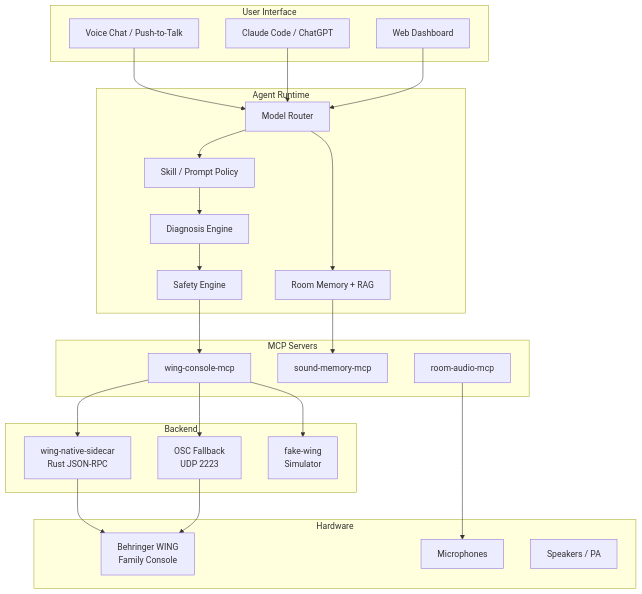
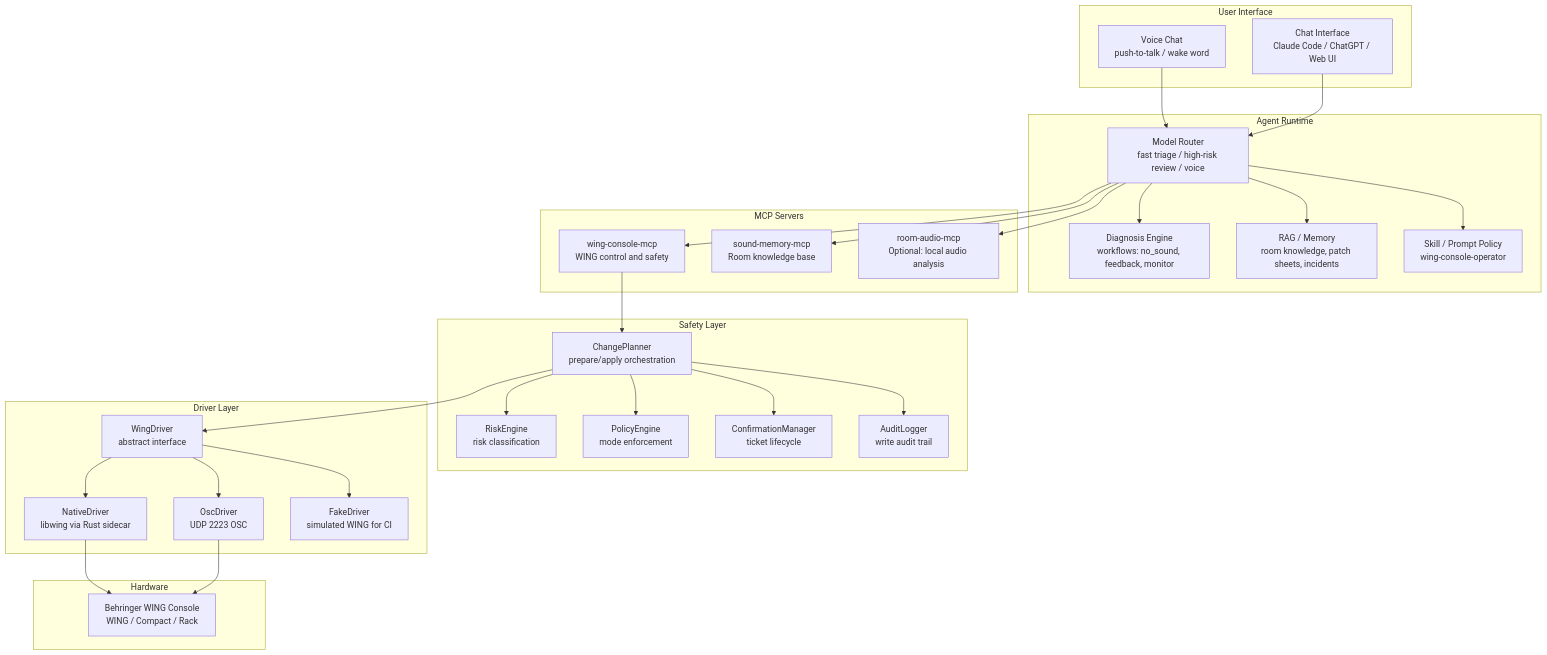
One commit to Inkotake/wing-mcp changed the first of 2 diagrams in docs/ARCHITECTURE.md. Above: the diagram before and after it, drawn with Mermaid. The commit also changed other lines of this file and 1 other file, not shown here.

````diff
--- a/docs/ARCHITECTURE.md
+++ b/docs/ARCHITECTURE.md
@@ -5,47 +29,63 @@
 ```mermaid
 graph TB
     subgraph "User Interface"
-        VC[Voice Chat / Push-to-Talk]
-        CC[Claude Code / ChatGPT]
-        WEB[Web Dashboard]
+        VC[Voice Chat<br/>push-to-talk / wake word]
+        CC[Chat Interface<br/>Claude Code / ChatGPT / Web UI]
     end
 
     subgraph "Agent Runtime"
-        MR[Model Router]
-        SP[Skill / Prompt Policy]
-        DE[Diagnosis Engine]
-        RM[Room Memory + RAG]
-        SE[Safety Engine]
+        MR[Model Router<br/>fast triage / high-risk review / voice]
+        DE[Diagnosis Engine<br/>workflows: no_sound, feedback, monitor]
+        RG[RAG / Memory<br/>room knowledge, patch sheets, incidents]
+        SP[Skill / Prompt Policy<br/>wing-console-operator]
     end
 
     subgraph "MCP Servers"
-        WCM[wing-console-mcp]
-        SMM[sound-memory-mcp]
-        RAM[room-audio-mcp]
+        WCM[wing-console-mcp<br/>WING control and safety]
+        SMM[sound-memory-mcp<br/>Room knowledge base]
+        RAM[room-audio-mcp<br/>Optional: local audio analysis]
     end
 
-    subgraph "Backend"
-        NS[wing-native-sidecar<br/>Rust JSON-RPC]
-        OSC[OSC Fallback<br/>UDP 2223]
-        FW[fake-wing<br/>Simulator]
+    subgraph "Safety Layer"
+        RE[RiskEngine<br/>risk classification]
+        PE[PolicyEngine<br/>mode enforcement]
+        CM[ConfirmationManager<br/>ticket lifecycle]
+        AL[AuditLogger<br/>write audit trail]
+        CP[ChangePlanner<br/>prepare/apply orchestration]
+    end
+
+    subgraph "Driver Layer"
+        WD[WingDriver<br/>abstract interface]
+        ND[NativeDriver<br/>libwing via Rust sidecar]
+        OD[OscDriver<br/>UDP 2223 OSC]
+        FD[FakeDriver<br/>simulated WING for CI]
     end
 
     subgraph "Hardware"
-        WING[Behringer WING<br/>Family Console]
-        MICS[Microphones]
-        SPKS[Speakers / PA]
+        WG[Behringer WING Console<br/>WING / Compact / Rack]
     end
 
     VC --> MR
     CC --> MR
-    WEB --> MR
-    MR --> SP --> DE
-    MR --> RM
-    DE --> SE
-    SE --> WCM
-    RM --> SMM
-    WCM --> NS --> WING
-    WCM --> OSC --> WING
-    WCM --> FW
-    RAM --> MICS
+    MR --> DE
+    MR --> RG
+    MR --> SP
+
+    MR --> WCM
+    MR --> SMM
+    MR --> RAM
+
+    WCM --> CP
+    CP --> RE
+    CP --> PE
+    CP --> CM
+    CP --> AL
+
+    CP --> WD
+    WD --> ND
+    WD --> OD
+    WD --> FD
+
+    ND --> WG
+    OD --> WG
 ```
````
